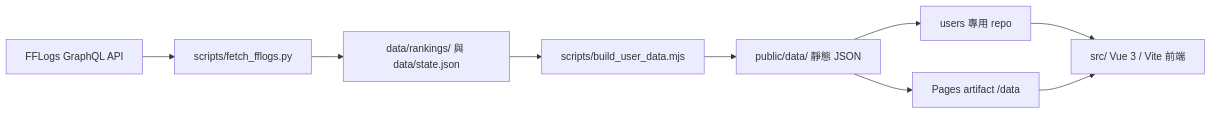
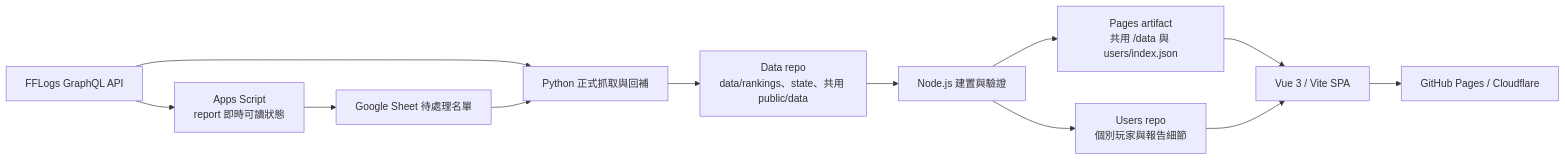
Before and after one commit to Kantai235/Final-Fantasy-XIV-Ranking-for-TC: the diagram in docs/architecture.md, drawn with Mermaid. The commit also changed other lines of this file and 18 other files, not shown here.

````diff
--- a/docs/architecture.md
+++ b/docs/architecture.md
@@ -7,11 +9,14 @@
 ```mermaid
 flowchart LR
-  FFLogs["FFLogs GraphQL API"] --> Fetch["scripts/fetch_fflogs.py"]
-  Fetch --> Source["data/rankings/ 與 data/state.json"]
-  Source --> Builder["scripts/build_user_data.mjs"]
-  Builder --> Public["public/data/ 靜態 JSON"]
-  Public --> UserRepo["users 專用 repo"]
-  Public --> PagesData["Pages artifact /data"]
-  UserRepo --> Vue["src/ Vue 3 / Vite 前端"]
-  PagesData --> Vue
+  FFLogs["FFLogs GraphQL API"] --> Fetch["Python 正式抓取與回補"]
+  Fetch --> Source["Data repo<br/>data/rankings、state、共用 public/data"]
+  Source --> Build["Node.js 建置與驗證"]
+  Build --> Shared["Pages artifact<br/>共用 /data 與 users/index.json"]
+  Build --> Users["Users repo<br/>個別玩家與報告細節"]
+  Shared --> Vue["Vue 3 / Vite SPA"]
+  Users --> Vue
+  Vue --> Pages["GitHub Pages / Cloudflare"]
+  FFLogs --> Apps
+  Apps["Apps Script<br/>report 即時可讀狀態"] --> Queue["Google Sheet 待處理名單"]
+  Queue --> Fetch
 ```
````
